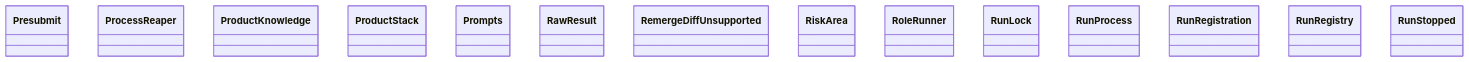
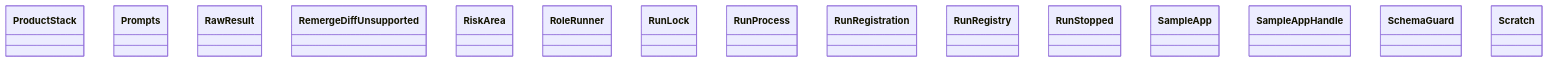
Before and after one commit to GonzaloZevallos/agentic-system: the diagram in docs/architecture/generated/classes-process-application-support-5.md, drawn with Mermaid. The commit also changed other lines of this file and 18 other files, not shown here.

````diff
--- a/docs/architecture/generated/classes-process-application-support-5.md
+++ b/docs/architecture/generated/classes-process-application-support-5.md
@@ -20,17 +20,18 @@
 ```mermaid
 classDiagram
-    class ports__Presubmit["Presubmit"]
-    class ports__ProcessReaper["ProcessReaper"]
-    class ports__ProductKnowledge["ProductKnowledge"]
     class ports__ProductStack["ProductStack"]
     class ports__Prompts["Prompts"]
     class ports__RawResult["RawResult"]
     class ports__RemergeDiffUnsupported["RemergeDiffUnsupported"]
     class ports__RiskArea["RiskArea"]
     class ports__RoleRunner["RoleRunner"]
     class ports__RunLock["RunLock"]
     class ports__RunProcess["RunProcess"]
     class ports__RunRegistration["RunRegistration"]
     class ports__RunRegistry["RunRegistry"]
     class ports__RunStopped["RunStopped"]
+    class ports__SampleApp["SampleApp"]
+    class ports__SampleAppHandle["SampleAppHandle"]
+    class ports__SchemaGuard["SchemaGuard"]
+    class ports__Scratch["Scratch"]
 ```
````
